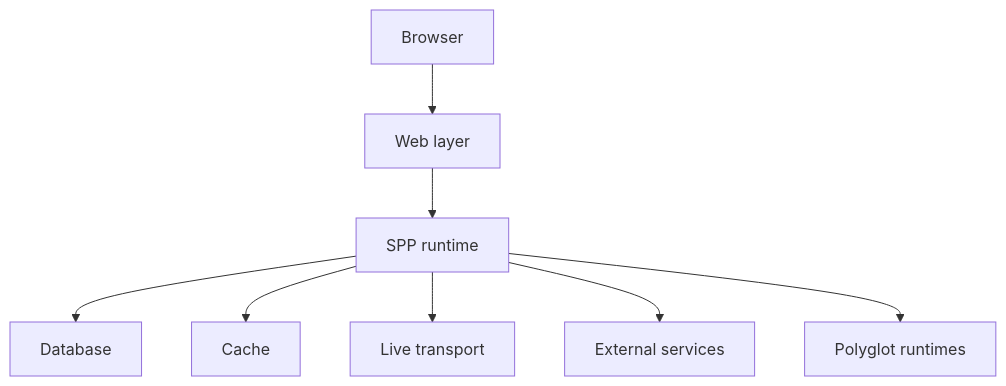
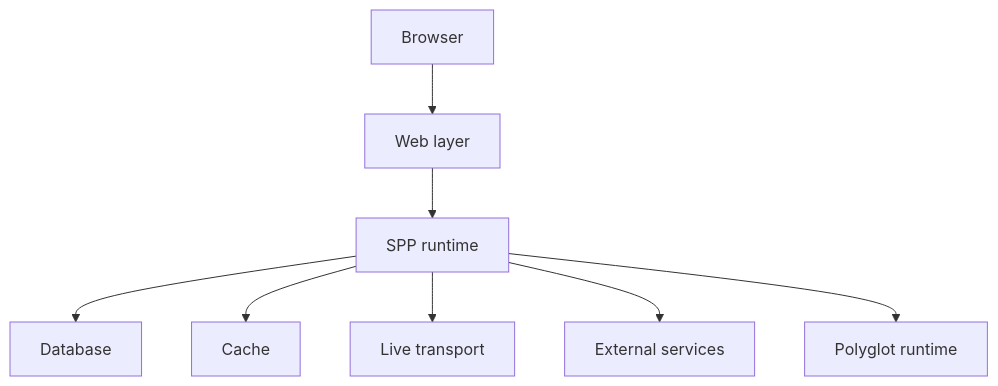
One commit to shuklasp/spp changed the eighth of 9 diagrams in documentation/handbook/21-enterprise-architecture-and-deployment.md. Above: the diagram before and after it, drawn with Mermaid. The commit also changed other lines of this file, not shown here.

Commit message:
Deep rewrite enterprise architecture and deployment for beginner to advanced

````diff
--- a/documentation/handbook/21-enterprise-architecture-and-deployment.md
+++ b/documentation/handbook/21-enterprise-architecture-and-deployment.md
@@ -221,10 +233,10 @@
 ```mermaid
 flowchart TD
     B[Browser] --> W[Web layer]
     W --> P[SPP runtime]
     P --> DB[Database]
     P --> C[Cache]
     P --> L[Live transport]
     P --> X[External services]
-    P --> Y[Polyglot runtimes]
+    P --> Y[Polyglot runtime]
 ```
````
